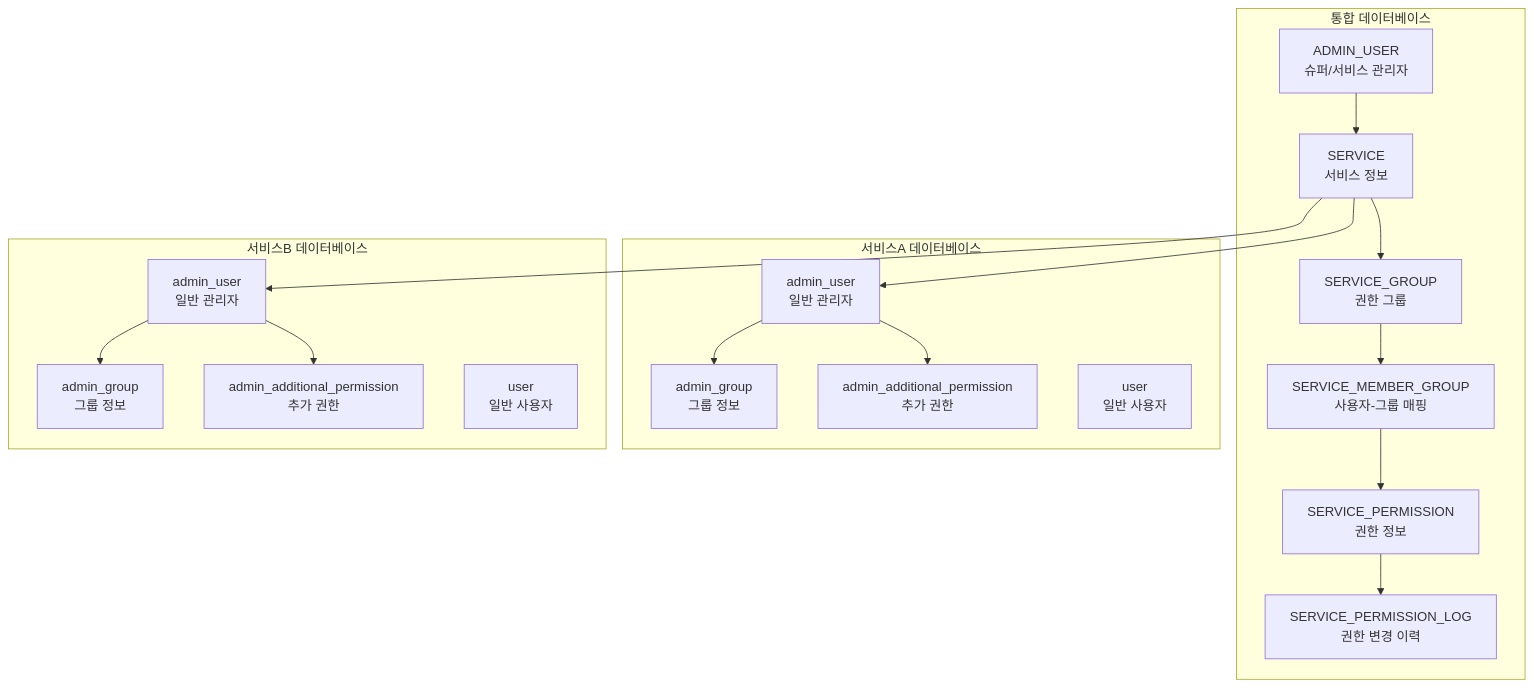
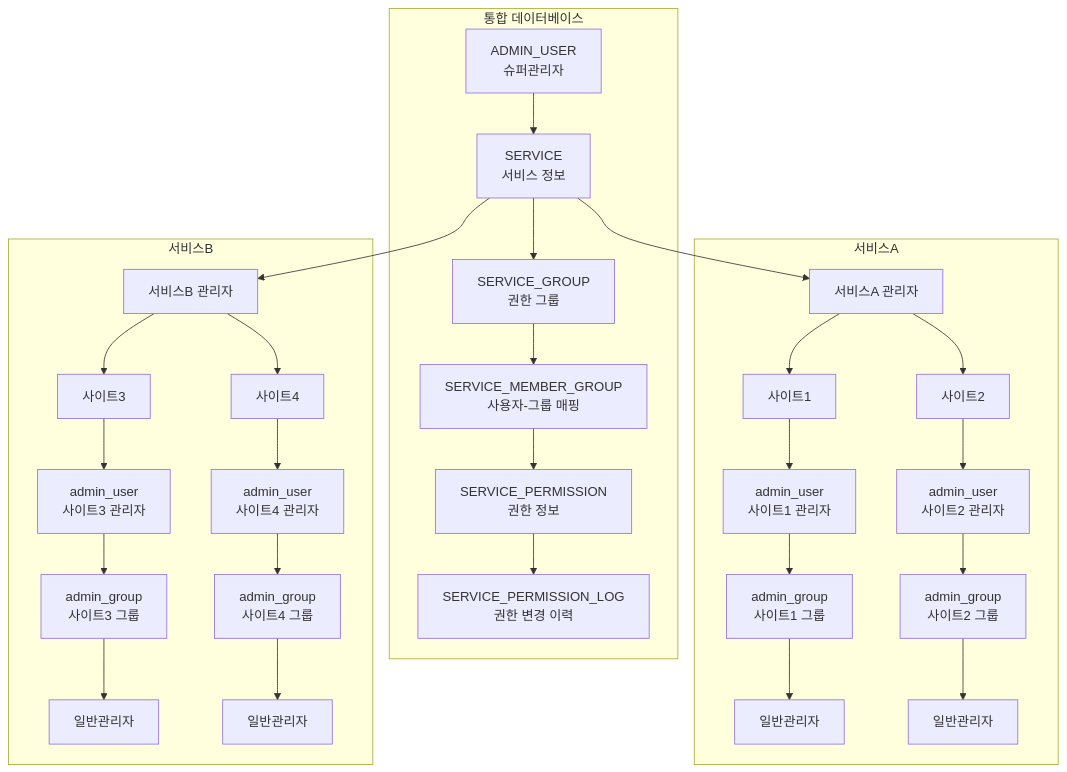
Before and after one commit to Russ481-k/integrated-cms: the first of 2 diagrams in .cursor/docs/v2/database_integration.md, drawn with Mermaid. The commit also changed other lines of this file and 1 other file, not shown here.

Commit message:
[refactor] Revise database access policy and integration documentation in 통합 CMS v2, updating user roles, access levels, and permission structures for enhanced clarity and security, including detailed scenarios for permission validation and improved management guidelines.

````diff
--- a/.cursor/docs/v2/database_integration.md
+++ b/.cursor/docs/v2/database_integration.md
@@ -7,25 +7,35 @@
 ```mermaid
 graph TD
     subgraph 통합 데이터베이스
-        A[ADMIN_USER<br/>슈퍼/서비스 관리자] --> B[SERVICE<br/>서비스 정보]
+        A[ADMIN_USER<br/>슈퍼관리자] --> B[SERVICE<br/>서비스 정보]
         B --> C[SERVICE_GROUP<br/>권한 그룹]
         C --> D[SERVICE_MEMBER_GROUP<br/>사용자-그룹 매핑]
         D --> E[SERVICE_PERMISSION<br/>권한 정보]
         E --> F[SERVICE_PERMISSION_LOG<br/>권한 변경 이력]
     end
 
-    subgraph 서비스A 데이터베이스
-        G[admin_user<br/>일반 관리자] --> H[admin_group<br/>그룹 정보]
-        G --> I[admin_additional_permission<br/>추가 권한]
-        J[user<br/>일반 사용자]
+    subgraph 서비스A
+        SA[서비스A 관리자] --> S1[사이트1]
+        SA --> S2[사이트2]
+        S1 --> G1[admin_user<br/>사이트1 관리자]
+        S2 --> G2[admin_user<br/>사이트2 관리자]
+        G1 --> H1[admin_group<br/>사이트1 그룹]
+        G2 --> H2[admin_group<br/>사이트2 그룹]
+        H1 --> I1[일반관리자]
+        H2 --> I2[일반관리자]
     end
 
-    subgraph 서비스B 데이터베이스
-        K[admin_user<br/>일반 관리자] --> L[admin_group<br/>그룹 정보]
-        K --> M[admin_additional_permission<br/>추가 권한]
-        N[user<br/>일반 사용자]
+    subgraph 서비스B
+        SB[서비스B 관리자] --> S3[사이트3]
+        SB --> S4[사이트4]
+        S3 --> G3[admin_user<br/>사이트3 관리자]
+        S4 --> G4[admin_user<br/>사이트4 관리자]
+        G3 --> H3[admin_group<br/>사이트3 그룹]
+        G4 --> H4[admin_group<br/>사이트4 그룹]
+        H3 --> I3[일반관리자]
+        H4 --> I4[일반관리자]
     end
 
-    B --> G
-    B --> K
+    B --> SA
+    B --> SB
 ```
````
